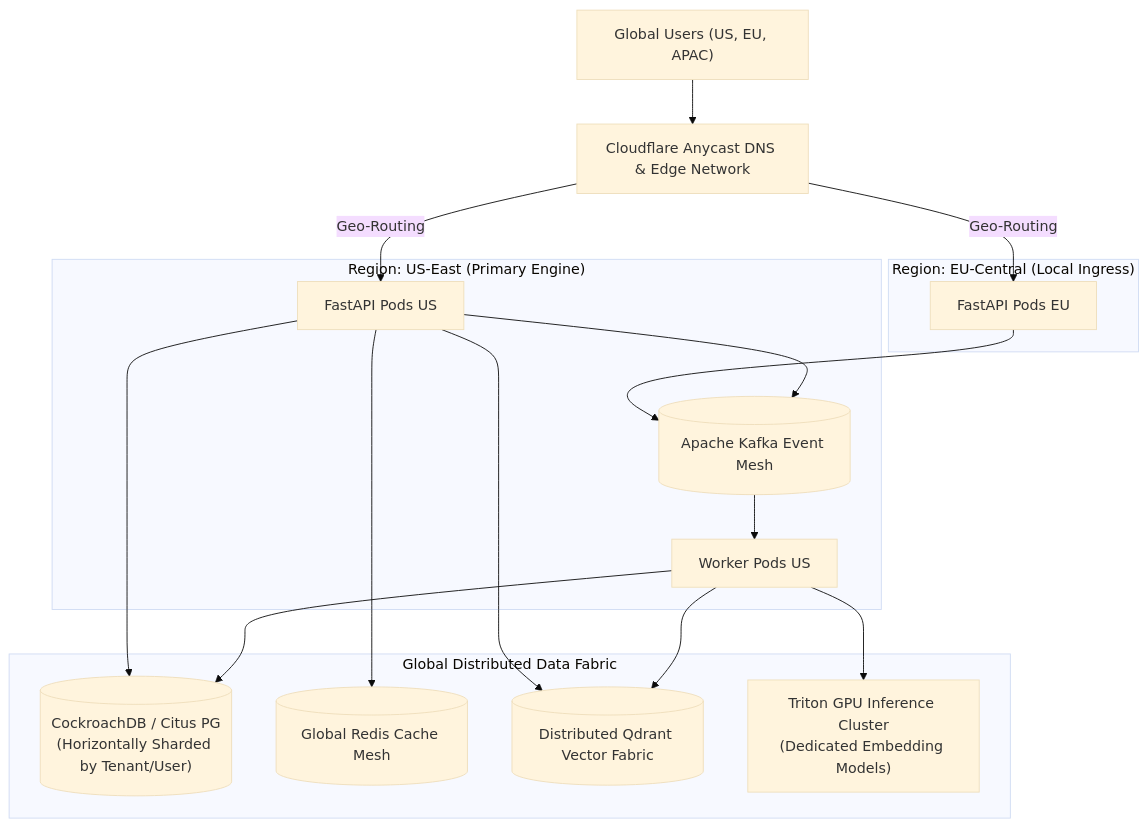
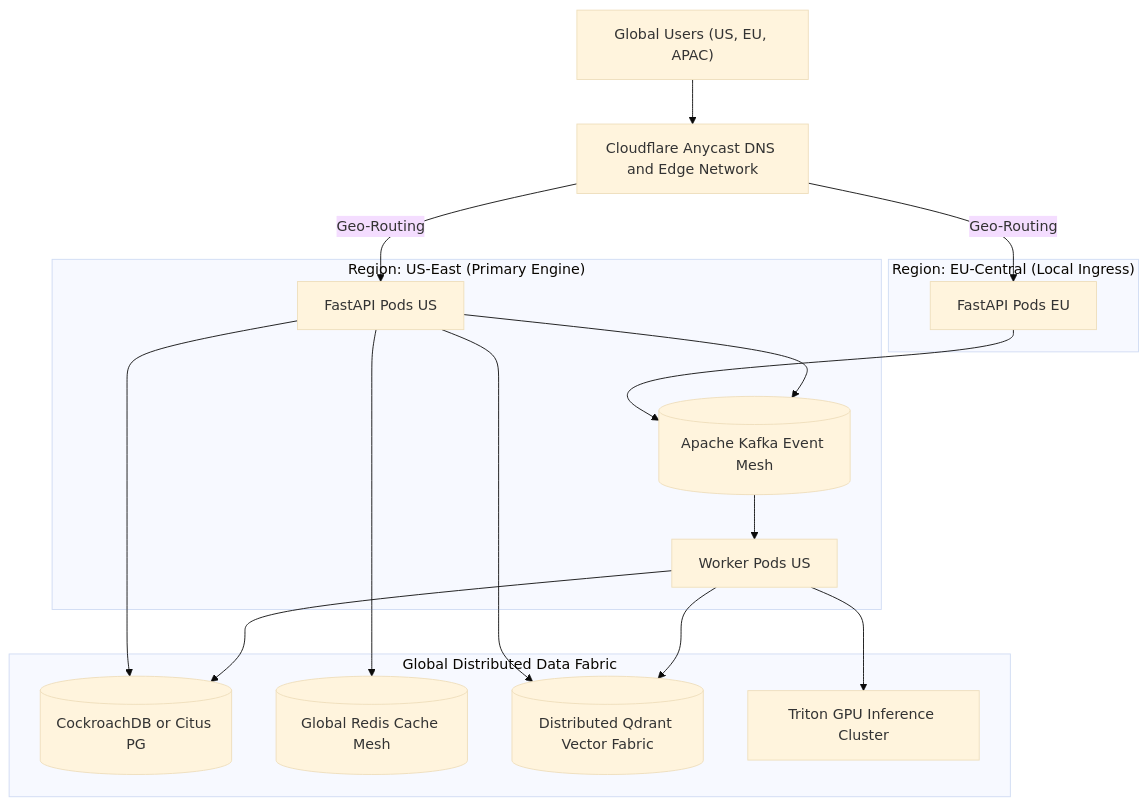
Before and after one commit to nikhil-87/CodeSensei: the fourth of 4 diagrams in vault/15-scaling-architecture.md, drawn with Mermaid (base theme). The commit also changed other lines of this file and 25 other files, not shown here.

Commit message:
docs: initialize comprehensive technical documentation, architecture diagrams, and verification guides in vault and docs directories

````diff
--- a/vault/15-scaling-architecture.md
+++ b/vault/15-scaling-architecture.md
@@ -226,36 +227,36 @@
 ```mermaid
 flowchart TB
-    UserGlobal["Global Users (US, EU, APAC)"] --> Cloudflare["Cloudflare Anycast DNS & Edge Network"]
+    UserGlobal["Global Users (US, EU, APAC)"] --> Cloudflare["Cloudflare Anycast DNS and Edge Network"]
 
     subgraph RegionUS ["Region: US-East (Primary Engine)"]
         API_US["FastAPI Pods US"]
         Workers_US["Worker Pods US"]
         Kafka_US[("Apache Kafka Event Mesh")]
     end
 
     subgraph RegionEU ["Region: EU-Central (Local Ingress)"]
         API_EU["FastAPI Pods EU"]
     end
 
     subgraph DataFabric ["Global Distributed Data Fabric"]
-        ShardedDB[("CockroachDB / Citus PG<br/>(Horizontally Sharded by Tenant/User)")]
+        ShardedDB[("CockroachDB or Citus PG")]
         GlobalRedis[("Global Redis Cache Mesh")]
         DistQdrant[("Distributed Qdrant Vector Fabric")]
-        TritonCluster["Triton GPU Inference Cluster<br/>(Dedicated Embedding Models)"]
+        TritonCluster["Triton GPU Inference Cluster"]
     end
 
     Cloudflare -->|Geo-Routing| API_US
     Cloudflare -->|Geo-Routing| API_EU
 
     API_US --> Kafka_US
     API_EU --> Kafka_US
 
     Kafka_US --> Workers_US
     Workers_US --> ShardedDB
     Workers_US --> DistQdrant
     Workers_US --> TritonCluster
 
     API_US --> ShardedDB
     API_US --> GlobalRedis
     API_US --> DistQdrant
 ```
````
